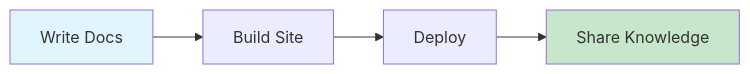
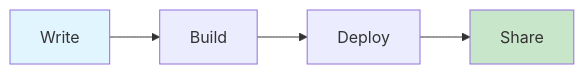
Before and after one commit to wapdat/doc-builder: the diagram in docs/README.md, drawn with Mermaid. The commit also changed other lines of this file and 25 other files, not shown here.

First line of the commit message:
feat: Simplify Mermaid diagram display by removing copy buttons and labels v1.5.16

````diff
--- a/docs/README.md
+++ b/docs/README.md
@@ -123,9 +177,9 @@
 ```mermaid
 graph LR
-    A[Write Docs] --> B[Build Site]
+    A[Write] --> B[Build]
     B --> C[Deploy]
-    C --> D[Share Knowledge]
+    C --> D[Share]
     
     style A fill:#e1f5fe
     style D fill:#c8e6c9
 ```
````
